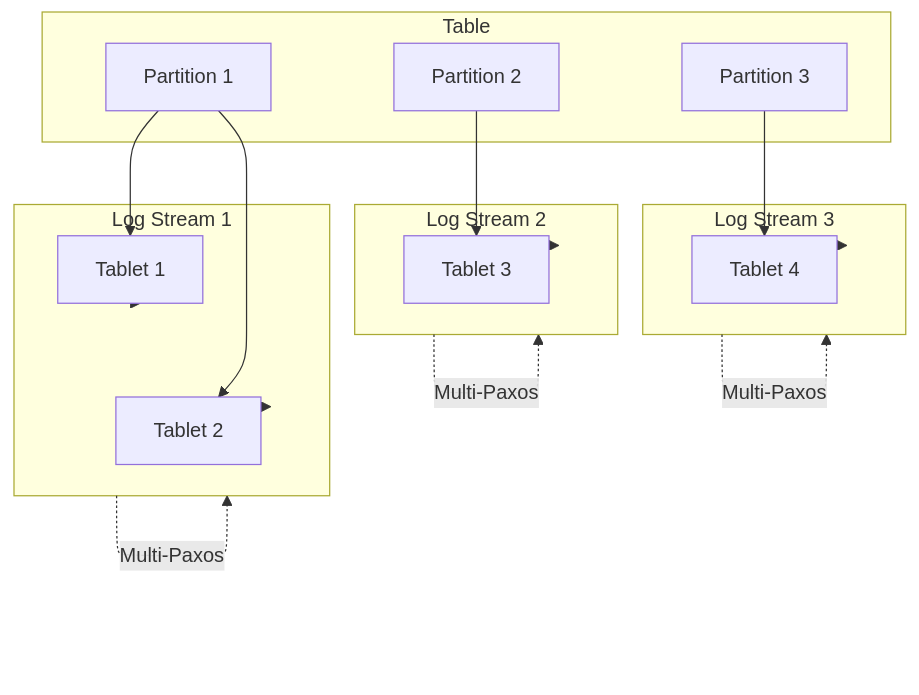
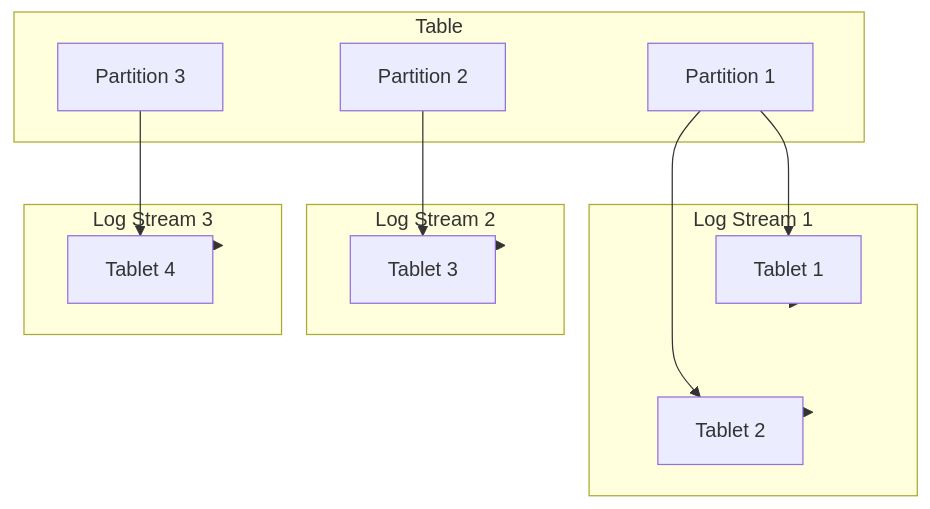
Before and after one commit to jackysp/blog: the second of 8 diagrams in content/posts/2026-01-17-oceanbase-internals-transaction-replay-sql-unit-placement.md, drawn with Mermaid. The commit also changed other lines of this file, not shown here.

````diff
--- a/content/posts/2026-01-17-oceanbase-internals-transaction-replay-sql-unit-placement.md
+++ b/content/posts/2026-01-17-oceanbase-internals-transaction-replay-sql-unit-placement.md
@@ -67,35 +67,31 @@
 ```mermaid
 graph TB
     subgraph Table["Table"]
         P1["Partition 1"]
         P2["Partition 2"]
         P3["Partition 3"]
     end
     
     subgraph LS1["Log Stream 1"]
         T1["Tablet 1"]
         T2["Tablet 2"]
     end
     
     subgraph LS2["Log Stream 2"]
         T3["Tablet 3"]
     end
     
     subgraph LS3["Log Stream 3"]
         T4["Tablet 4"]
     end
     
     P1 --> T1
     P1 --> T2
     P2 --> T3
     P3 --> T4
     
     T1 --> LS1
     T2 --> LS1
     T3 --> LS2
     T4 --> LS3
-    
-    LS1 -.Multi-Paxos.-> LS1
-    LS2 -.Multi-Paxos.-> LS2
-    LS3 -.Multi-Paxos.-> LS3
 ```
````
